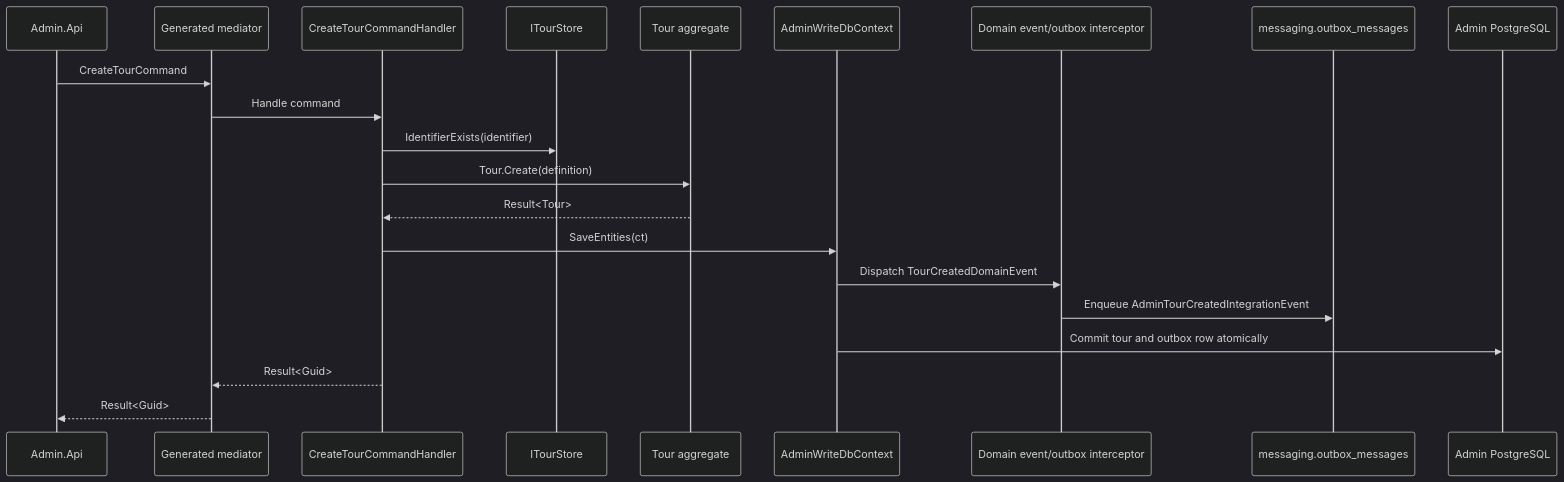
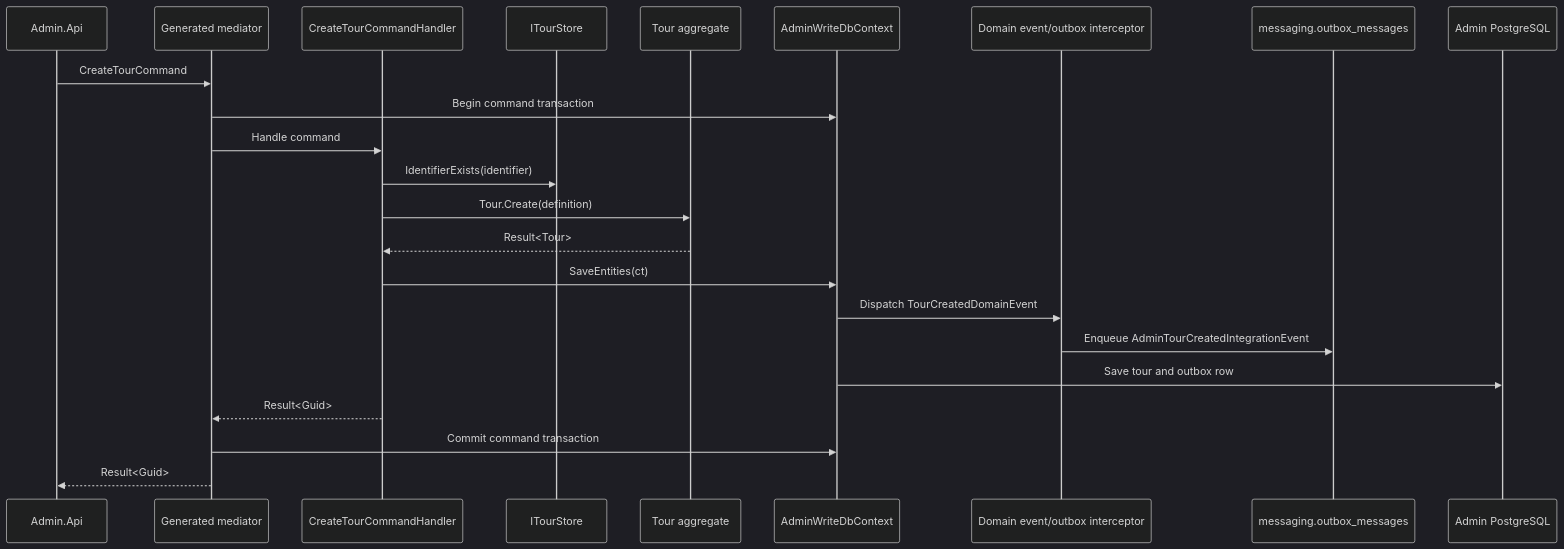
Before and after one commit to danigutsch/ViajantesTurismo: the second of 12 diagrams in docs/architecture/FLOWS.md, drawn with Mermaid (dark theme). The commit also changed other lines of this file and 58 other files, not shown here.

````diff
--- a/docs/architecture/FLOWS.md
+++ b/docs/architecture/FLOWS.md
@@ -59,24 +60,26 @@
 ```mermaid
 sequenceDiagram
     participant API as Admin.Api
     participant Sender as Generated mediator
     participant Handler as CreateTourCommandHandler
     participant Store as ITourStore
     participant Tour as Tour aggregate
     participant Context as AdminWriteDbContext
     participant Interceptor as Domain event/outbox interceptor
     participant Outbox as messaging.outbox_messages
     participant Db as Admin PostgreSQL
 
     API->>Sender: CreateTourCommand
+    Sender->>Context: Begin command transaction
     Sender->>Handler: Handle command
     Handler->>Store: IdentifierExists(identifier)
     Handler->>Tour: Tour.Create(definition)
     Tour-->>Handler: Result<Tour>
     Handler->>Context: SaveEntities(ct)
     Context->>Interceptor: Dispatch TourCreatedDomainEvent
     Interceptor->>Outbox: Enqueue AdminTourCreatedIntegrationEvent
-    Context->>Db: Commit tour and outbox row atomically
+    Context->>Db: Save tour and outbox row
     Handler-->>Sender: Result<Guid>
+    Sender->>Context: Commit command transaction
     Sender-->>API: Result<Guid>
 ```
````
